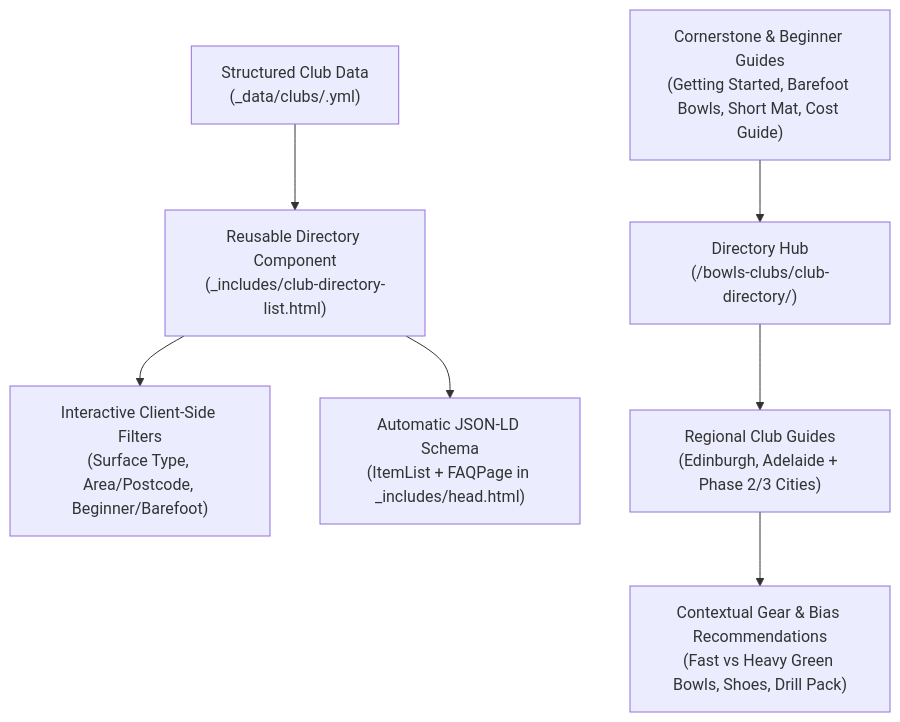
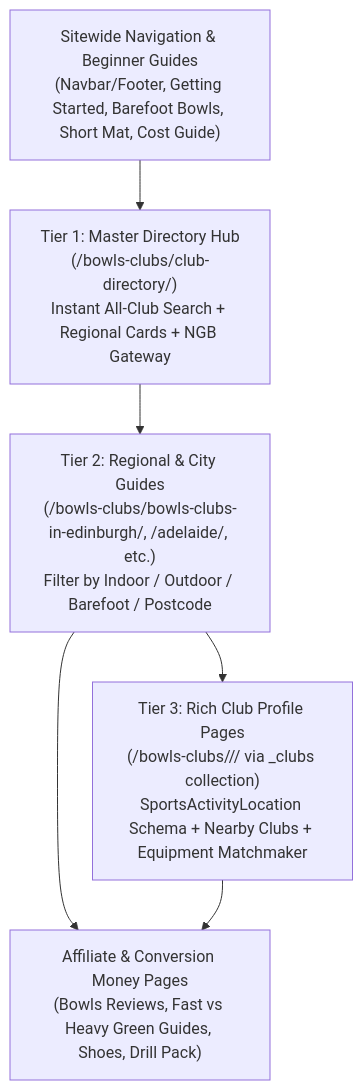
The diagram in .agents/club-directory-seo-plan.md (krussll/jhb), drawn with Mermaid before and after one commit. The commit also changed other lines of this file and 56 other files, not shown here.

````diff
--- a/.agents/club-directory-seo-plan.md
+++ b/.agents/club-directory-seo-plan.md
@@ -28,9 +29,8 @@
 ```mermaid
 flowchart TD
-    A["Structured Club Data\n(_data/clubs/<region>.yml)"] --> B["Reusable Directory Component\n(_includes/club-directory-list.html)"]
-    B --> C["Interactive Client-Side Filters\n(Surface Type, Area/Postcode, Beginner/Barefoot)"]
-    B --> D["Automatic JSON-LD Schema\n(ItemList + FAQPage in _includes/head.html)"]
-    E["Cornerstone & Beginner Guides\n(Getting Started, Barefoot Bowls, Short Mat, Cost Guide)"] --> F["Directory Hub\n(/bowls-clubs/club-directory/)"]
-    F --> G["Regional Club Guides\n(Edinburgh, Adelaide + Phase 2/3 Cities)"]
-    G --> H["Contextual Gear & Bias Recommendations\n(Fast vs Heavy Green Bowls, Shoes, Drill Pack)"]
+    Nav["Sitewide Navigation & Beginner Guides\n(Navbar/Footer, Getting Started, Barefoot Bowls, Short Mat, Cost Guide)"] --> Hub["Tier 1: Master Directory Hub\n(/bowls-clubs/club-directory/)\nInstant All-Club Search + Regional Cards + NGB Gateway"]
+    Hub --> City["Tier 2: Regional & City Guides\n(/bowls-clubs/bowls-clubs-in-edinburgh/, /adelaide/, etc.)\nFilter by Indoor / Outdoor / Barefoot / Postcode"]
+    City --> Club["Tier 3: Rich Club Profile Pages\n(/bowls-clubs/<city>/<club-slug>/ via _clubs collection)\nSportsActivityLocation Schema + Nearby Clubs + Equipment Matchmaker"]
+    City --> Gear["Affiliate & Conversion Money Pages\n(Bowls Reviews, Fast vs Heavy Green Guides, Shoes, Drill Pack)"]
+    Club --> Gear
 ```
````
